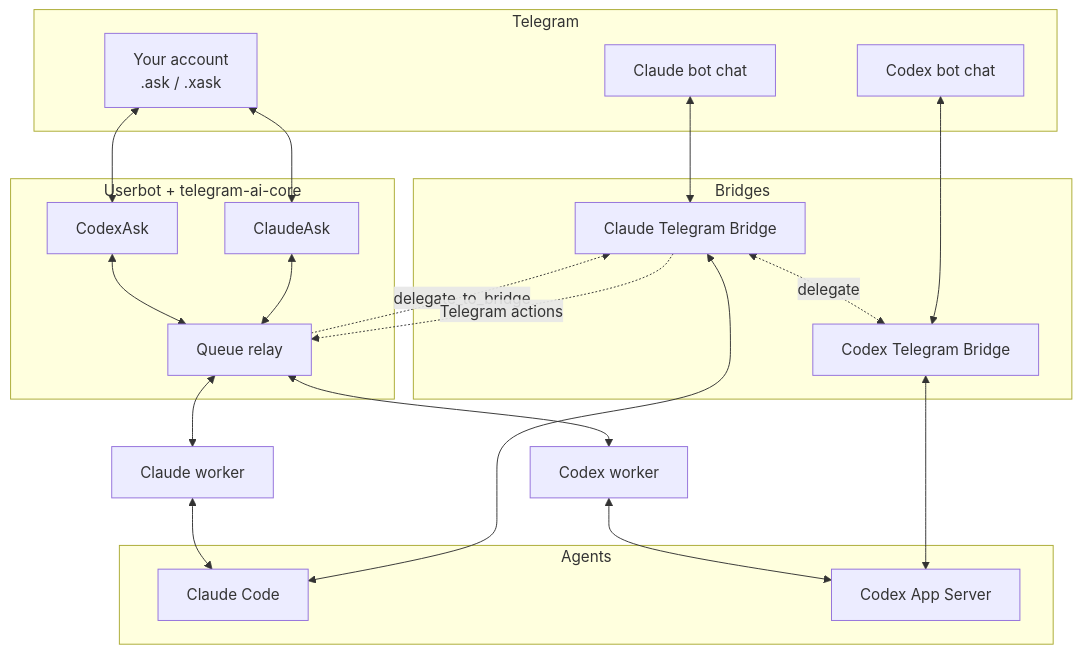
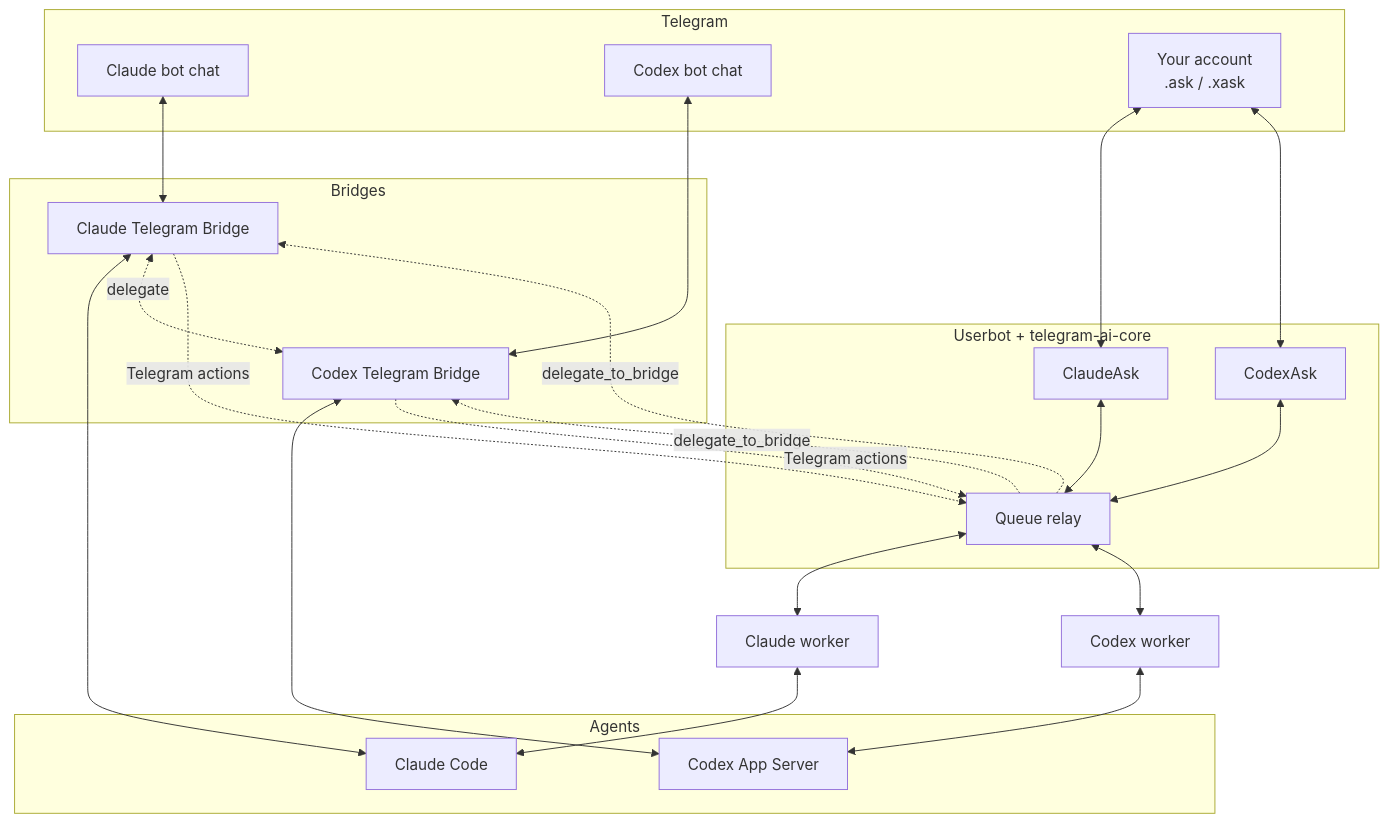
The diagram in README.md (maleon17/telegram-ai), drawn with Mermaid before and after one commit. The commit also changed other lines of this file, not shown here.

Commit message:
README: requirements, remote userbots over Tailscale, both bridges in the diagram

````diff
--- a/README.md
+++ b/README.md
@@ -49,30 +56,32 @@
 ```mermaid
 flowchart TB
     subgraph Telegram
       CBOT["Claude bot chat"]
       XBOT["Codex bot chat"]
       USER["Your account<br/>.ask / .xask"]
     end
     subgraph Bridges
       CB["Claude Telegram Bridge"]
       XB["Codex Telegram Bridge"]
     end
     subgraph Userbot["Userbot + telegram-ai-core"]
       CA["ClaudeAsk"]
       XA["CodexAsk"]
       R["Queue relay"]
     end
     subgraph Agents
       C["Claude Code"]
       X["Codex App Server"]
     end
     CBOT <--> CB <--> C
     XBOT <--> XB <--> X
     USER <--> CA <--> R
     USER <--> XA <--> R
     R <--> CW["Claude worker"] <--> C
     R <--> XW["Codex worker"] <--> X
     CB <-. "delegate" .-> XB
     R -. "delegate_to_bridge" .-> CB
+    R -. "delegate_to_bridge" .-> XB
     CB -. "Telegram actions" .-> R
+    XB -. "Telegram actions" .-> R
 ```
````
